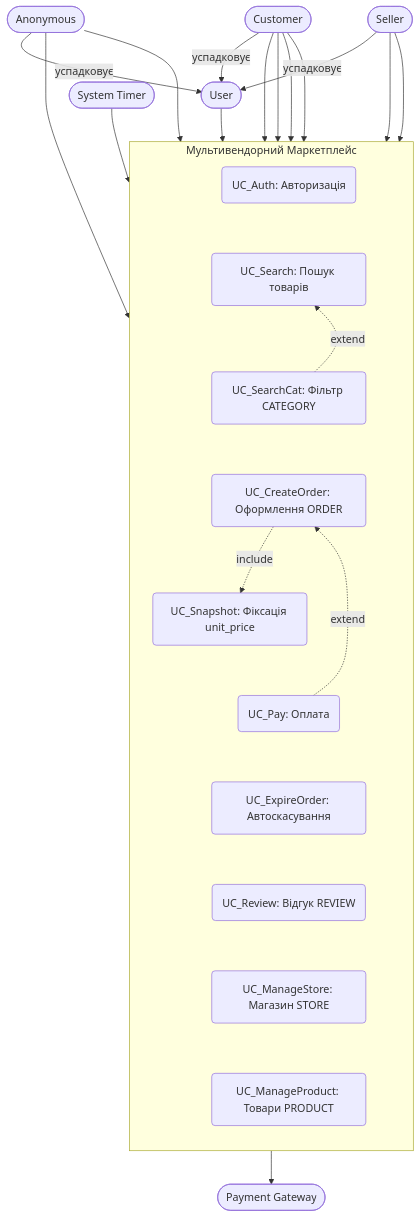
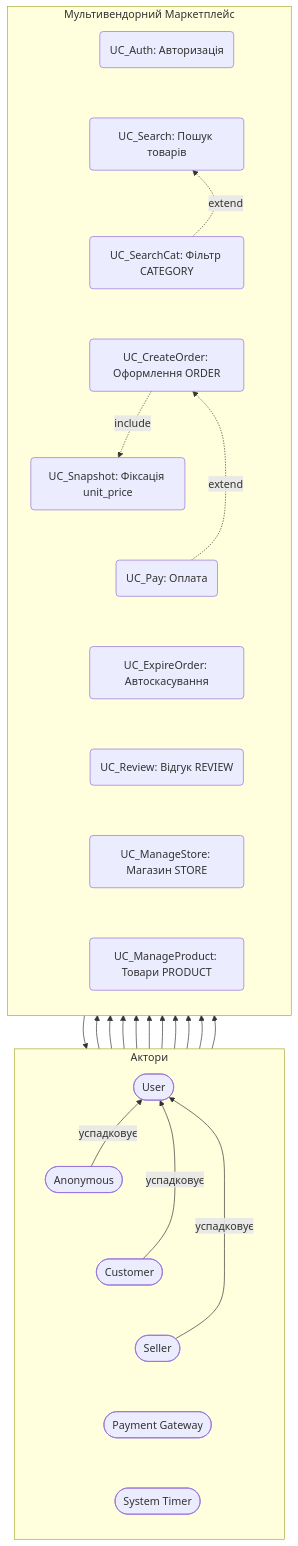
The diagram in task-2/README.md (Stefect/Modeling-and-Analysis-of-Software-Requirements), drawn with Mermaid before and after one commit.

Commit message:
README: акторів у вертикальній колонці Mermaid-діаграми для читабельності

````diff
--- a/task-2/README.md
+++ b/task-2/README.md
@@ -230,61 +230,70 @@
 ```mermaid
 flowchart TD
-    %% --- Актори ---
-    User([User])
-    Anonymous([Anonymous])
-    Customer([Customer])
-    Seller([Seller])
-    PaymentGateway([Payment Gateway])
-    SystemTimer([System Timer])
+    %% --- Актори (колонка зверху вниз) ---
+    subgraph Actors ["Актори"]
+        direction TB
+        User([User])
+        Anonymous([Anonymous])
+        Customer([Customer])
+        Seller([Seller])
+        PaymentGateway([Payment Gateway])
+        SystemTimer([System Timer])
+
+        User ~~~ Anonymous
+        Anonymous ~~~ Customer
+        Customer ~~~ Seller
+        Seller ~~~ PaymentGateway
+        PaymentGateway ~~~ SystemTimer
+    end
 
     Anonymous -->|успадковує| User
     Customer -->|успадковує| User
     Seller -->|успадковує| User
 
     %% --- Межі системи ---
     subgraph Marketplace ["Мультивендорний Маркетплейс"]
         direction TB
 
         UC_Auth("UC_Auth: Авторизація")
         UC_Search("UC_Search: Пошук товарів")
         UC_SearchCat("UC_SearchCat: Фільтр CATEGORY")
         UC_CreateOrder("UC_CreateOrder: Оформлення ORDER")
         UC_Snapshot("UC_Snapshot: Фіксація unit_price")
         UC_Pay("UC_Pay: Оплата")
         UC_ExpireOrder("UC_ExpireOrder: Автоскасування")
         UC_Review("UC_Review: Відгук REVIEW")
         UC_ManageStore("UC_ManageStore: Магазин STORE")
         UC_ManageProduct("UC_ManageProduct: Товари PRODUCT")
 
         %% Примусовий вертикальний порядок
         UC_Auth ~~~ UC_Search
         UC_Search ~~~ UC_SearchCat
         UC_SearchCat ~~~ UC_CreateOrder
         UC_CreateOrder ~~~ UC_Snapshot
         UC_Snapshot ~~~ UC_Pay
         UC_Pay ~~~ UC_ExpireOrder
         UC_ExpireOrder ~~~ UC_Review
         UC_Review ~~~ UC_ManageStore
         UC_ManageStore ~~~ UC_ManageProduct
 
         %% Логічні залежності
         UC_CreateOrder -. include .-> UC_Snapshot
         UC_Pay -. extend .-> UC_CreateOrder
         UC_SearchCat -. extend .-> UC_Search
     end
 
     %% --- Зв'язки Акторів ---
     User --> UC_Auth
     Anonymous --> UC_Search
     Anonymous --> UC_Auth
     Customer --> UC_Search
     Customer --> UC_SearchCat
     Customer --> UC_CreateOrder
     Customer --> UC_Review
 
     Seller --> UC_ManageStore
     Seller --> UC_ManageProduct
 
     UC_Pay --> PaymentGateway
     SystemTimer --> UC_ExpireOrder
 ```
````
